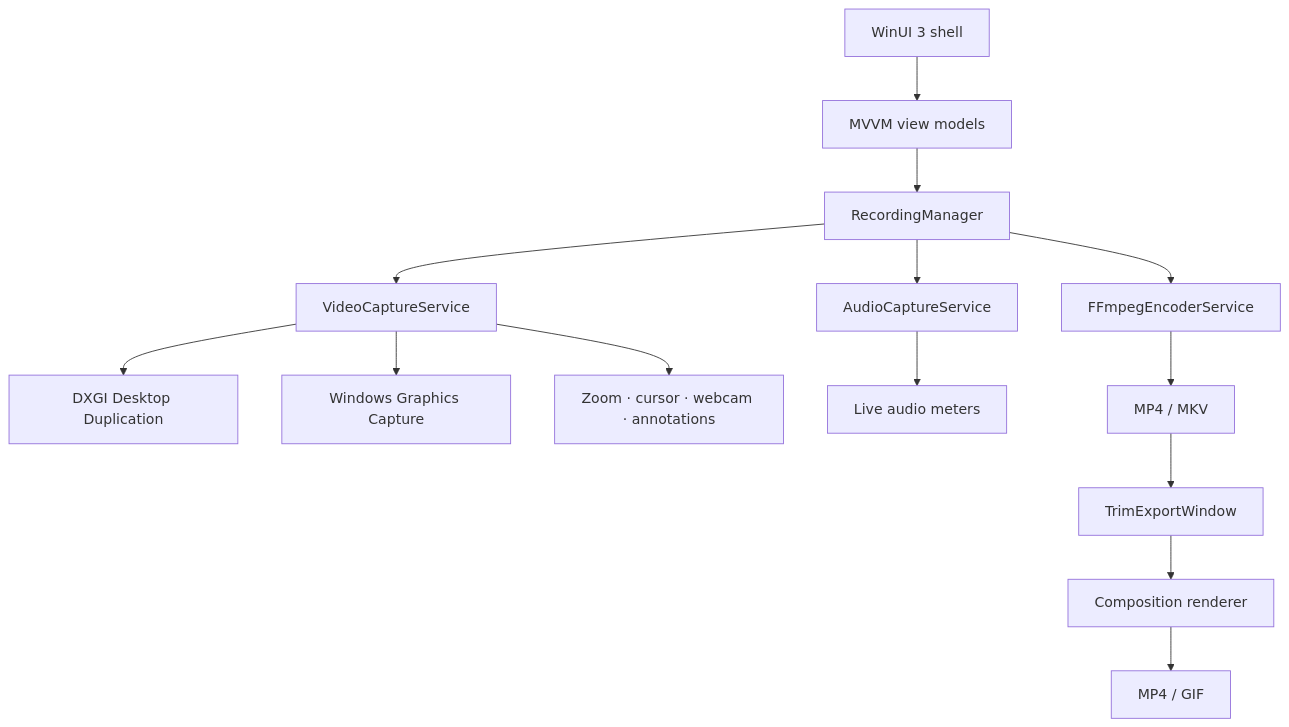
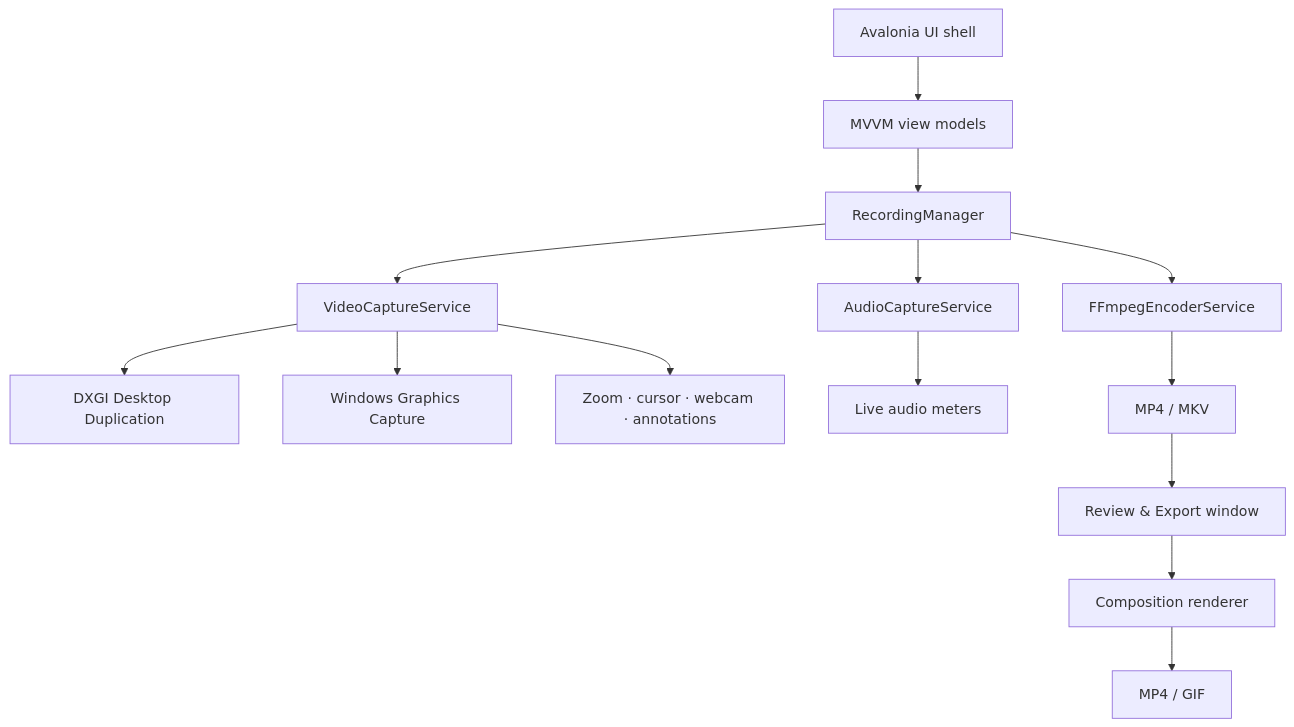
One commit to ChamathDilshanC/Cap-IT-Screen-Recorder changed the third of 3 diagrams in README.md. Above: the diagram before and after it, drawn with Mermaid. The commit also changed other lines of this file and 244 other files, not shown here.

````diff
--- a/README.md
+++ b/README.md
@@ -242,16 +249,16 @@
 ```mermaid
 flowchart TB
-    SHELL[WinUI 3 shell] --> VM[MVVM view models]
+    SHELL[Avalonia UI shell] --> VM[MVVM view models]
     VM --> MANAGER[RecordingManager]
     MANAGER --> CAPTURE[VideoCaptureService]
     MANAGER --> AUDIO[AudioCaptureService]
     MANAGER --> ENCODER[FFmpegEncoderService]
     CAPTURE --> DXGI[DXGI Desktop Duplication]
     CAPTURE --> WGC[Windows Graphics Capture]
     CAPTURE --> EFFECTS[Zoom · cursor · webcam · annotations]
     AUDIO --> METERS[Live audio meters]
     ENCODER --> FILE[MP4 / MKV]
-    FILE --> REVIEW[TrimExportWindow]
+    FILE --> REVIEW[Review & Export window]
     REVIEW --> COMPOSITION[Composition renderer]
     COMPOSITION --> EXPORT[MP4 / GIF]
 ```
````
